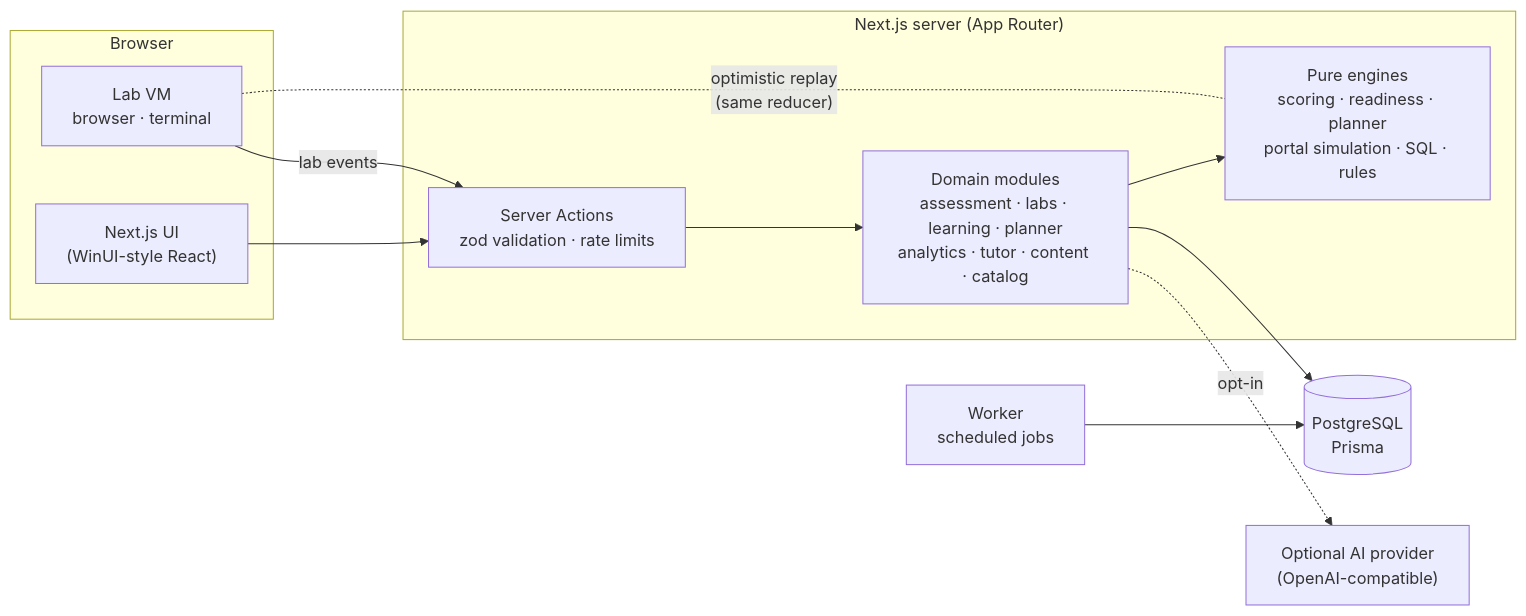
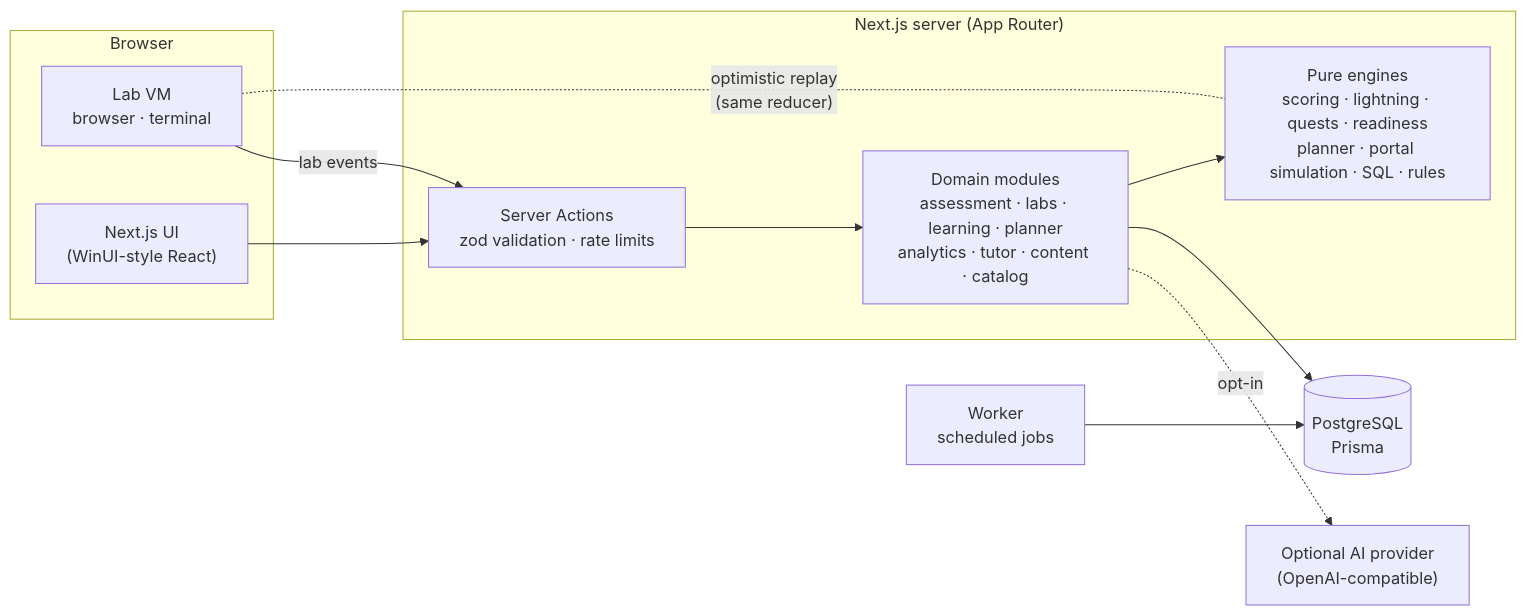
The diagram in README.md (erentechlabs/Master900), drawn with Mermaid before and after one commit. The commit also changed other lines of this file and 257 other files, not shown here.

````diff
--- a/README.md
+++ b/README.md
@@ -260,21 +339,21 @@
 ```mermaid
 flowchart LR
   subgraph Browser
     UI["Next.js UI<br/>(WinUI-style React)"]
     VM["Lab VM<br/>browser · terminal"]
   end
   subgraph Server["Next.js server (App Router)"]
     SA["Server Actions<br/>zod validation · rate limits"]
     MOD["Domain modules<br/>assessment · labs · learning · planner<br/>analytics · tutor · content · catalog"]
-    ENG["Pure engines<br/>scoring · readiness · planner<br/>portal simulation · SQL · rules"]
+    ENG["Pure engines<br/>scoring · lightning · quests · readiness<br/>planner · portal simulation · SQL · rules"]
   end
   DB[("PostgreSQL<br/>Prisma")]
   W["Worker<br/>scheduled jobs"]
   AI["Optional AI provider<br/>(OpenAI-compatible)"]
   UI --> SA --> MOD --> ENG
   VM -- "lab events" --> SA
   VM -. "optimistic replay<br/>(same reducer)" .- ENG
   MOD --> DB
   W --> DB
   MOD -. "opt-in" .-> AI
 ```
````
